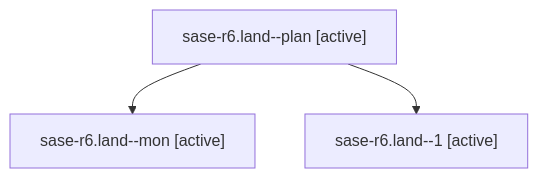
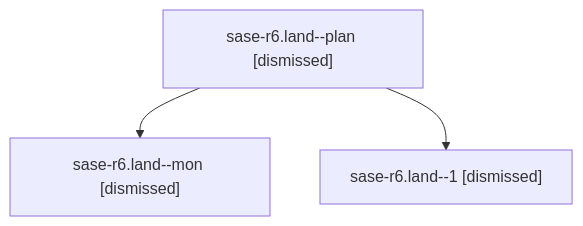
The diagram in sessions/bbugyi200.athena.sase-r6.land.md (sase-org/sase--agents), drawn with Mermaid before and after one commit. The commit also changed other lines of this file and 150 other files, not shown here.

````diff
--- a/sessions/bbugyi200.athena.sase-r6.land.md
+++ b/sessions/bbugyi200.athena.sase-r6.land.md
@@ -9,8 +9,8 @@
 ```mermaid
 flowchart TD
-  n0["sase-r6.land--plan [active]"]
-  n1["sase-r6.land--mon [active]"]
+  n0["sase-r6.land--plan [dismissed]"]
+  n1["sase-r6.land--mon [dismissed]"]
   n0 --> n1
-  n2["sase-r6.land--1 [active]"]
+  n2["sase-r6.land--1 [dismissed]"]
   n0 --> n2
 ```
````
